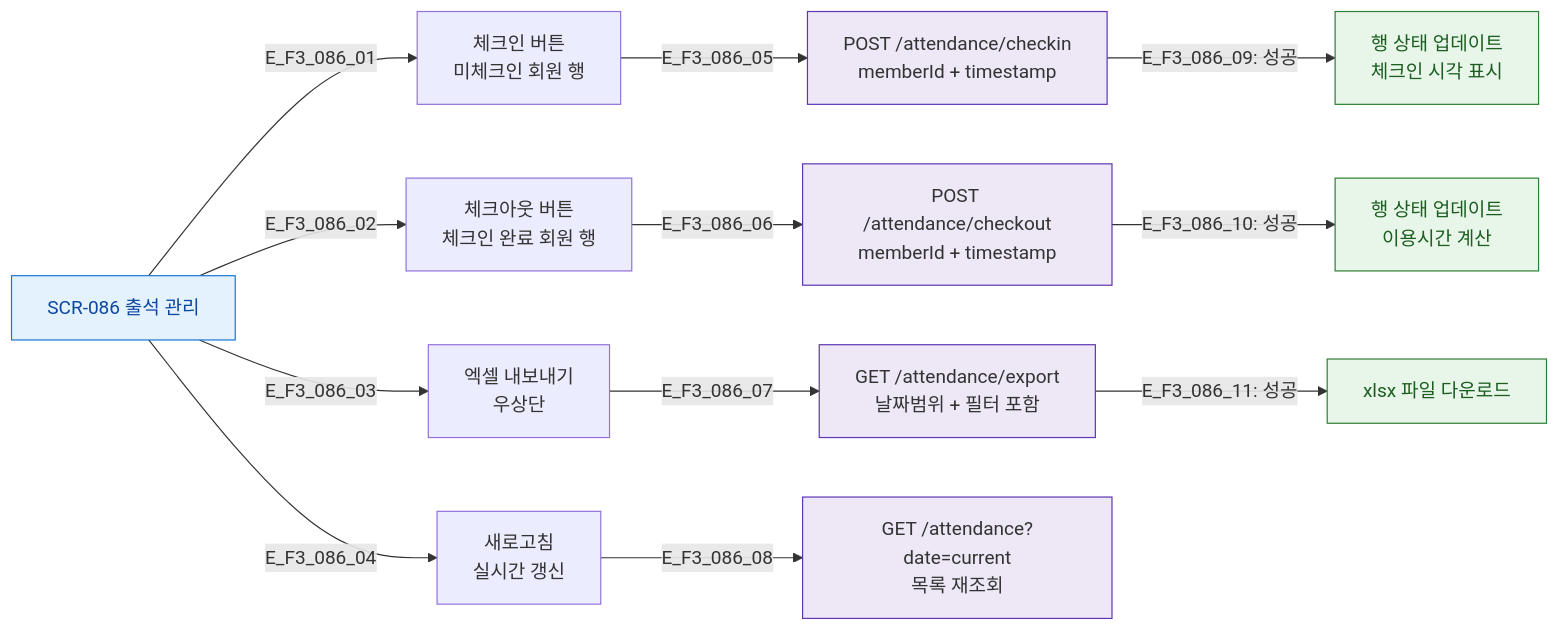
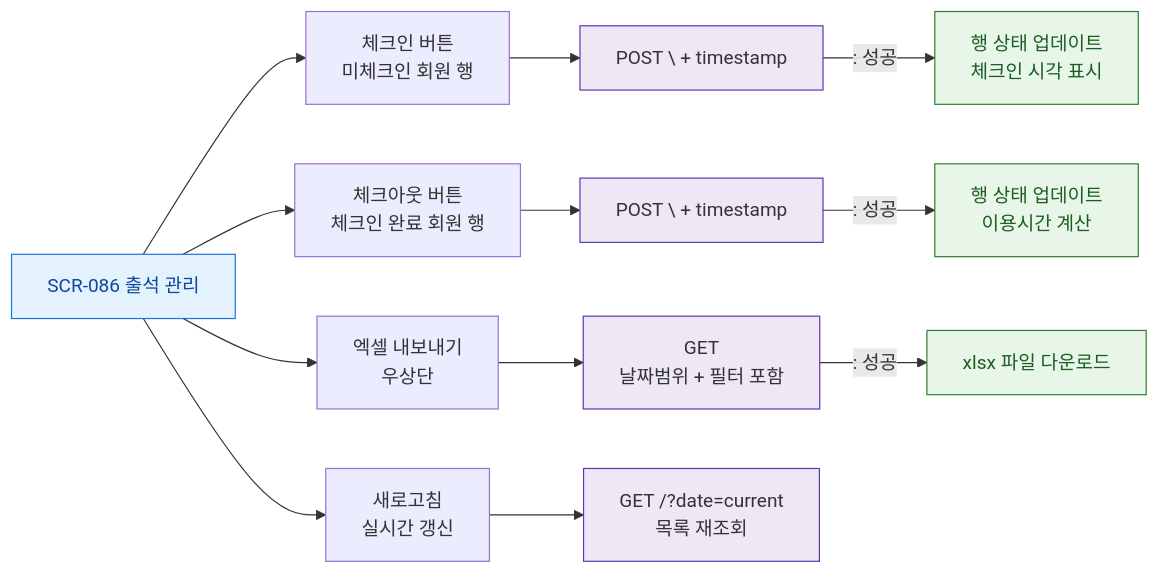
One commit to dev-spogym/admin-pando changed the diagram in docs/다이어그램/D09_설정관리/SCR-086_출석관리_회원/F3_버튼액션.md. Above: the diagram before and after it, drawn with Mermaid. The commit also changed other lines of this file and 1660 other files, not shown here.

First line of the commit message:
다이어그램: 기획자/클라이언트 납품본으로 정리

````diff
--- a/docs/다이어그램/D09_설정관리/SCR-086_출석관리_회원/F3_버튼액션.md
+++ b/docs/다이어그램/D09_설정관리/SCR-086_출석관리_회원/F3_버튼액션.md
@@ -14,25 +12,25 @@
 ```mermaid
 flowchart LR
     SCR086[SCR-086 출석 관리]
 
-    SCR086 -->|E_F3_086_01| BtnCheckin[체크인 버튼\n미체크인 회원 행]
-    SCR086 -->|E_F3_086_02| BtnCheckout[체크아웃 버튼\n체크인 완료 회원 행]
-    SCR086 -->|E_F3_086_03| BtnExport[엑셀 내보내기\n우상단]
-    SCR086 -->|E_F3_086_04| BtnRefresh[새로고침\n실시간 갱신]
+    SCR086 --> BtnCheckin[체크인 버튼\n미체크인 회원 행]
+    SCR086 --> BtnCheckout[체크아웃 버튼\n체크인 완료 회원 행]
+    SCR086 --> BtnExport[엑셀 내보내기\n우상단]
+    SCR086 --> BtnRefresh[새로고침\n실시간 갱신]
 
-    BtnCheckin -->|E_F3_086_05| ACT_Checkin[POST /attendance/checkin\nmemberId + timestamp]
-    BtnCheckout -->|E_F3_086_06| ACT_Checkout[POST /attendance/checkout\nmemberId + timestamp]
-    BtnExport -->|E_F3_086_07| ACT_Export[GET /attendance/export\n날짜범위 + 필터 포함]
-    BtnRefresh -->|E_F3_086_08| ACT_Refresh[GET /attendance?date=current\n목록 재조회]
+    BtnCheckin --> ACT_Checkin[POST \ + timestamp]
+    BtnCheckout --> ACT_Checkout[POST \ + timestamp]
+    BtnExport --> ACT_Export[GET \n날짜범위 + 필터 포함]
+    BtnRefresh --> ACT_Refresh[GET /?date=current\n목록 재조회]
 
-    ACT_Checkin -->|"E_F3_086_09: 성공"| OK_Checkin[행 상태 업데이트\n체크인 시각 표시]
-    ACT_Checkout -->|"E_F3_086_10: 성공"| OK_Checkout[행 상태 업데이트\n이용시간 계산]
-    ACT_Export -->|"E_F3_086_11: 성공"| OK_Export[xlsx 파일 다운로드]
+    ACT_Checkin -->|": 성공"|OK_Checkin[행 상태 업데이트\n체크인 시각 표시]
+    ACT_Checkout -->|": 성공"|OK_Checkout[행 상태 업데이트\n이용시간 계산]
+    ACT_Export -->|": 성공"|OK_Export[xlsx 파일 다운로드]
 
     classDef screen fill:#E3F2FD,stroke:#1976D2,color:#0D47A1
     classDef success fill:#E8F5E9,stroke:#2E7D32,color:#1B5E20
     classDef system fill:#EDE7F6,stroke:#5E35B2
     class SCR086 screen
     class OK_Checkin,OK_Checkout,OK_Export success
     class ACT_Checkin,ACT_Checkout,ACT_Export,ACT_Refresh system
 ```
````
